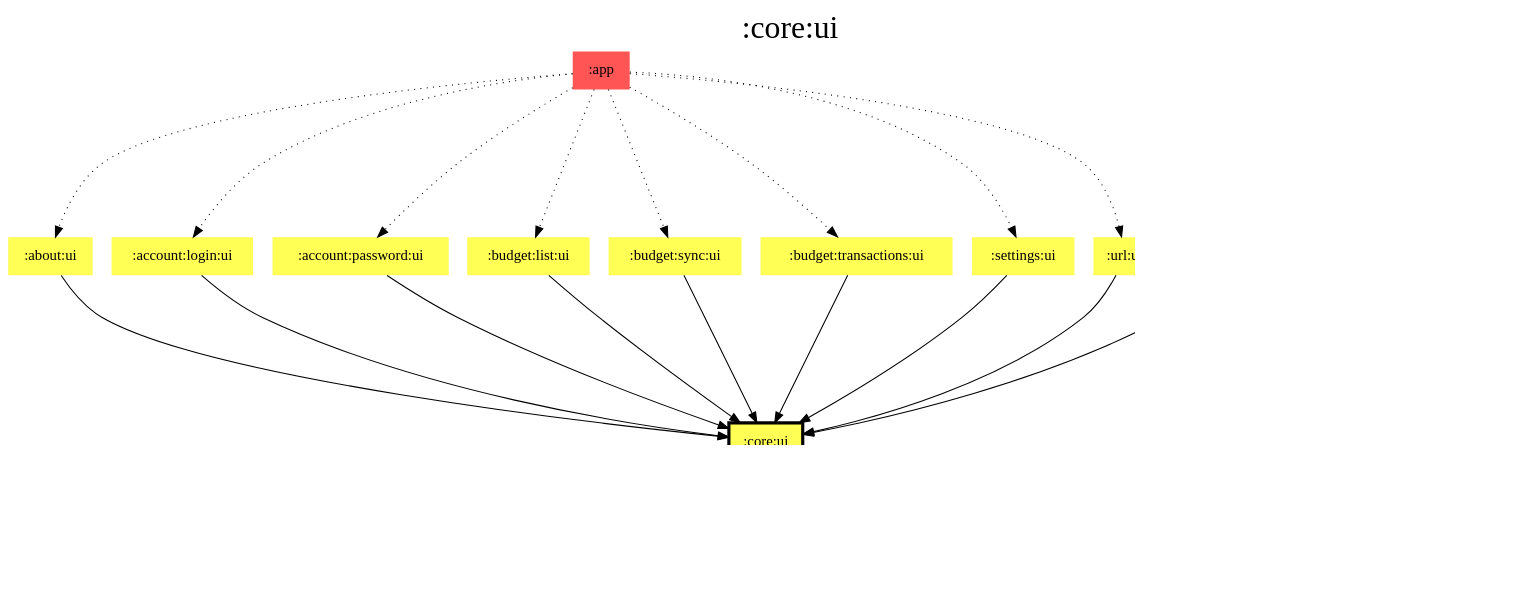
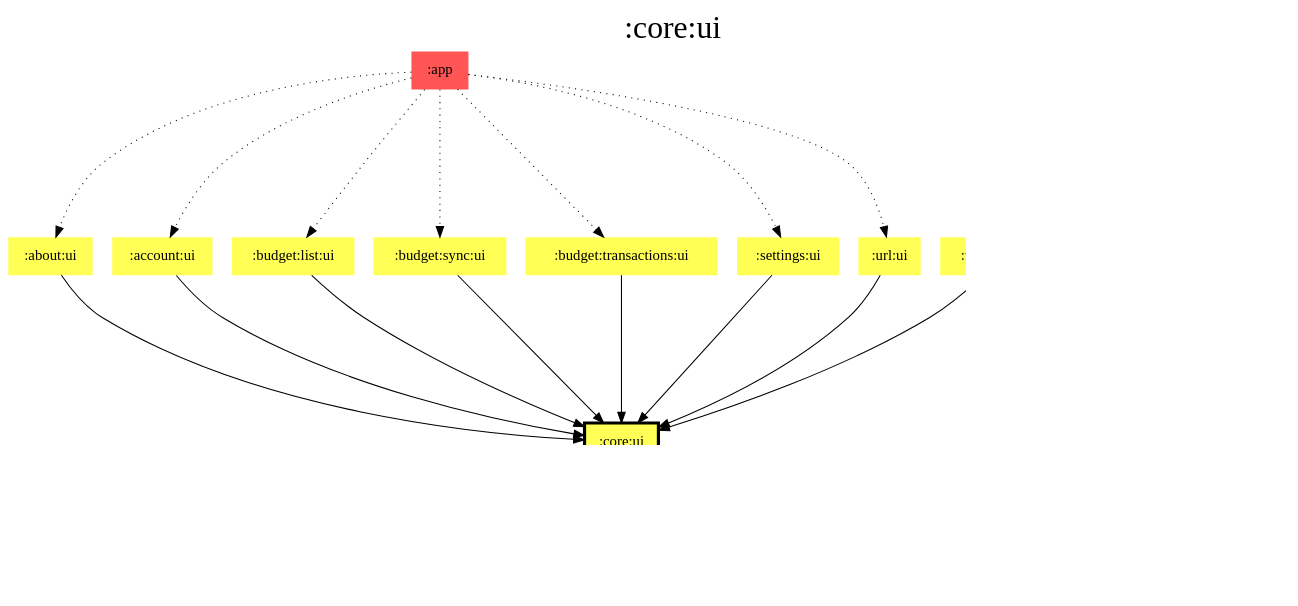
One commit to jonapoul/aktual changed the diagram in modules/core/ui/modules.dot. Above: the diagram before and after it, drawn with Graphviz. The commit also changed 127 other files, not shown here.

Commit message:
Merge account:login and account:password

```diff
--- a/modules/core/ui/modules.dot
+++ b/modules/core/ui/modules.dot
@@ -1,54 +1,51 @@
 digraph {
 edge ["dir"="forward"]
 graph ["dpi"="100","label"=":core:ui","labelloc"="t","fontsize"="30","ranksep"="1.5","rankdir"="TB"]
 node ["style"="filled"]
 ":about:ui" ["fillcolor"="#FFFF55","shape"="none"]
-":account:login:ui" ["fillcolor"="#FFFF55","shape"="none"]
-":account:password:ui" ["fillcolor"="#FFFF55","shape"="none"]
+":account:ui" ["fillcolor"="#FFFF55","shape"="none"]
 ":app" ["fillcolor"="#FF5555","shape"="none"]
 ":budget:list:ui" ["fillcolor"="#FFFF55","shape"="none"]
 ":budget:sync:ui" ["fillcolor"="#FFFF55","shape"="none"]
 ":budget:transactions:ui" ["fillcolor"="#FFFF55","shape"="none"]
 ":core:model" ["fillcolor"="#9D8DF1","shape"="none"]
 ":core:res" ["fillcolor"="#00FFFF","shape"="none"]
 ":core:ui" ["fillcolor"="#FFFF55","color"="black","penwidth"="3","shape"="box"]
 ":settings:ui" ["fillcolor"="#FFFF55","shape"="none"]
 ":test:compose" ["fillcolor"="#FFFF55","shape"="none"]
 ":url:ui" ["fillcolor"="#FFFF55","shape"="none"]
 {
 edge ["dir"="none"]
 graph ["rank"="same"]
 ":core:ui"
 }
 ":about:ui" -> ":core:ui"
-":account:login:ui" -> ":core:ui"
-":account:password:ui" -> ":core:ui"
+":account:ui" -> ":core:ui"
 ":app" -> ":about:ui" ["style"="dotted"]
-":app" -> ":account:login:ui" ["style"="dotted"]
-":app" -> ":account:password:ui" ["style"="dotted"]
+":app" -> ":account:ui" ["style"="dotted"]
 ":app" -> ":budget:list:ui" ["style"="dotted"]
 ":app" -> ":budget:sync:ui" ["style"="dotted"]
 ":app" -> ":budget:transactions:ui" ["style"="dotted"]
 ":app" -> ":settings:ui" ["style"="dotted"]
 ":app" -> ":url:ui" ["style"="dotted"]
 ":budget:list:ui" -> ":core:ui"
 ":budget:sync:ui" -> ":core:ui"
 ":budget:transactions:ui" -> ":core:ui"
 ":core:ui" -> ":core:model"
 ":core:ui" -> ":core:res" ["style"="dotted"]
 ":settings:ui" -> ":core:ui"
 ":test:compose" -> ":core:ui"
 ":url:ui" -> ":core:ui"
 subgraph "cluster_legend" {
 edge ["dir"="none"]
 graph ["label"="Legend","fontsize"="20"]
 "Legend" ["style"="filled","fillcolor"="#FFFFFF","shape"="none","margin"="0","fontsize"="15","label"=<
 <TABLE BORDER="0" CELLBORDER="0" CELLSPACING="0" CELLPADDING="4">
 <TR><TD>App</TD><TD BGCOLOR="#FF5555">module-name</TD></TR>
 <TR><TD>Compose</TD><TD BGCOLOR="#FFFF55">module-name</TD></TR>
 <TR><TD>Resources</TD><TD BGCOLOR="#00FFFF">module-name</TD></TR>
 <TR><TD>Multiplatform</TD><TD BGCOLOR="#9D8DF1">module-name</TD></TR>
 </TABLE>
 >]
 } -> ":core:ui" ["style"="invis"]
 }
```
